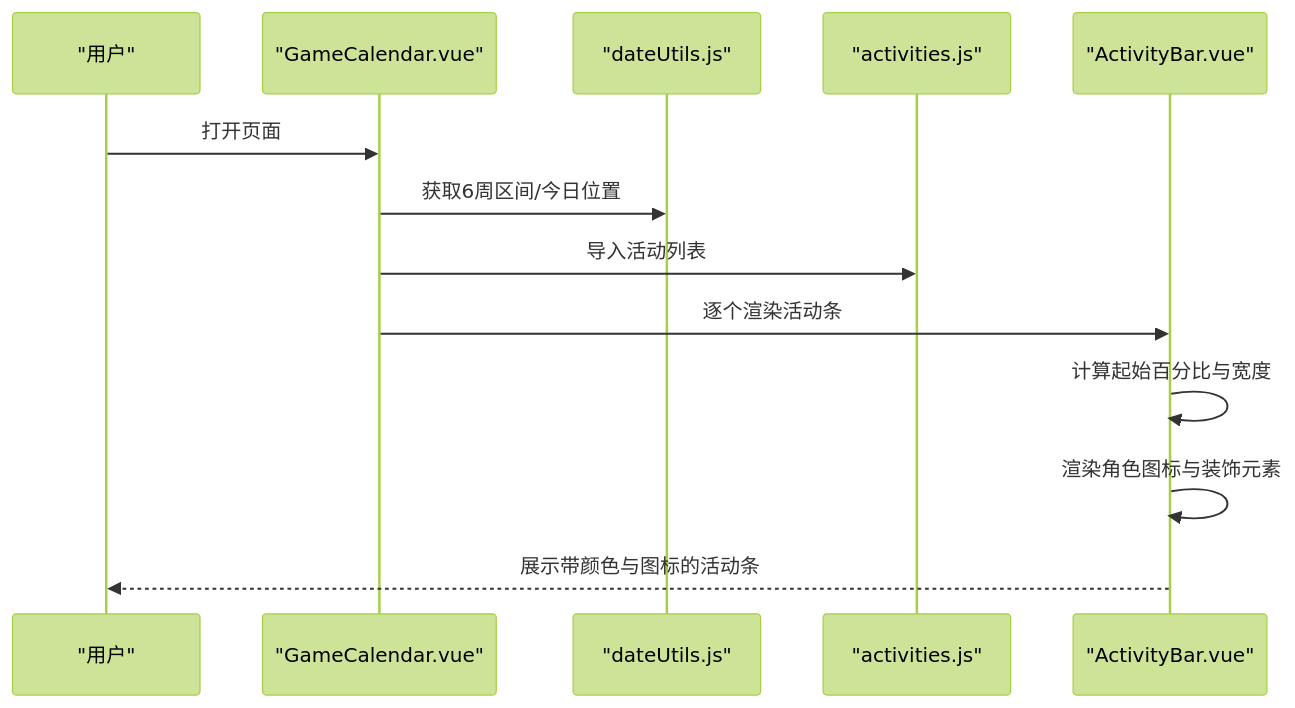
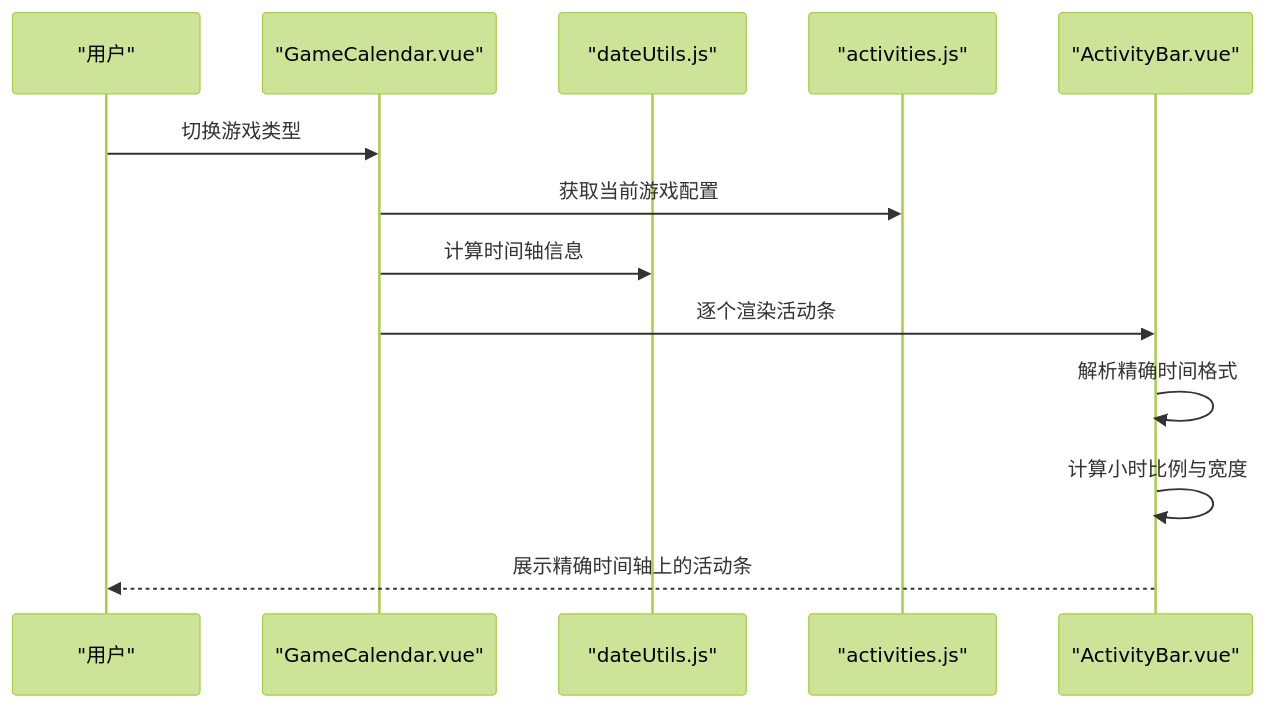
Before and after one commit to xuanyulingnfeg/gameCalendar: the second of 6 diagrams in .qoder/repowiki/zh/content/配置系统.md, drawn with Mermaid (forest theme). The commit also changed other lines of this file and 5 other files, not shown here.

````diff
--- a/.qoder/repowiki/zh/content/配置系统.md
+++ b/.qoder/repowiki/zh/content/配置系统.md
@@ -109,15 +113,15 @@
 ```mermaid
 sequenceDiagram
 participant U as "用户"
 participant GC as "GameCalendar.vue"
 participant DU as "dateUtils.js"
 participant ACT as "activities.js"
 participant AB as "ActivityBar.vue"
-U->>GC : 打开页面
-GC->>DU : 获取6周区间/今日位置
-GC->>ACT : 导入活动列表
+U->>GC : 切换游戏类型
+GC->>ACT : 获取当前游戏配置
+GC->>DU : 计算时间轴信息
 GC->>AB : 逐个渲染活动条
-AB->>AB : 计算起始百分比与宽度
-AB->>AB : 渲染角色图标与装饰元素
-AB-->>U : 展示带颜色与图标的活动条
+AB->>AB : 解析精确时间格式
+AB->>AB : 计算小时比例与宽度
+AB-->>U : 展示精确时间轴上的活动条
 ```
````
